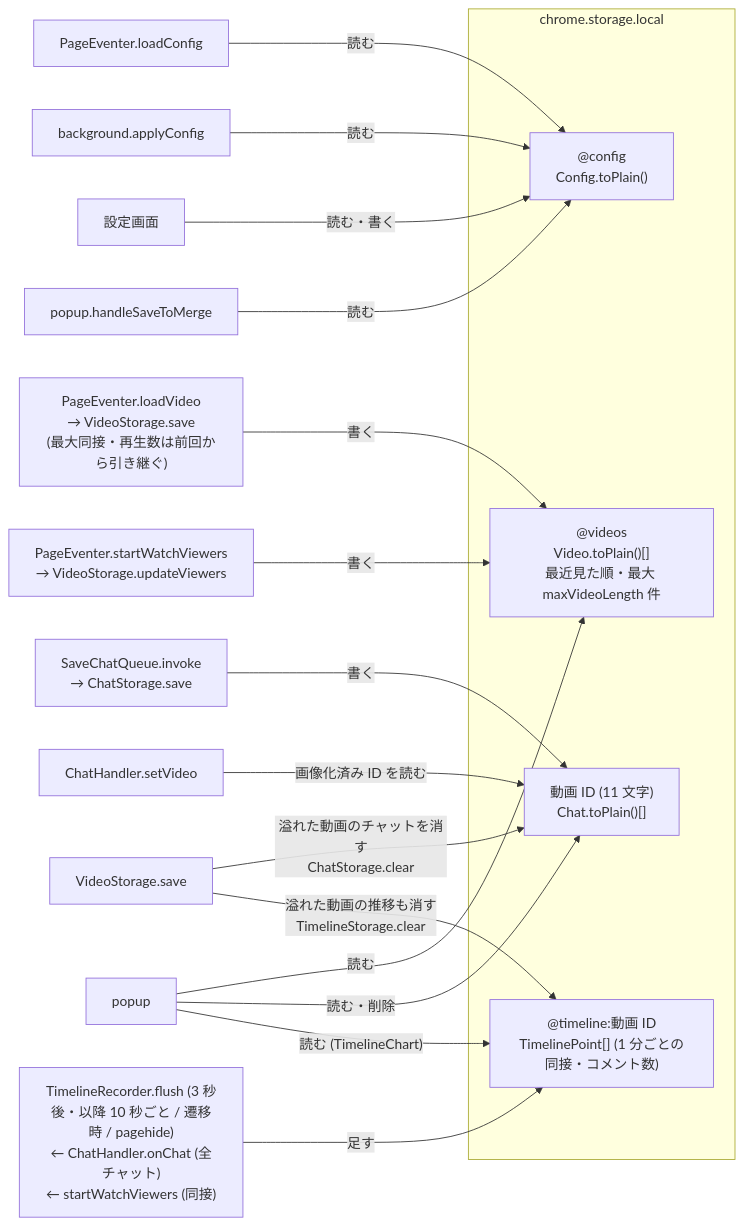
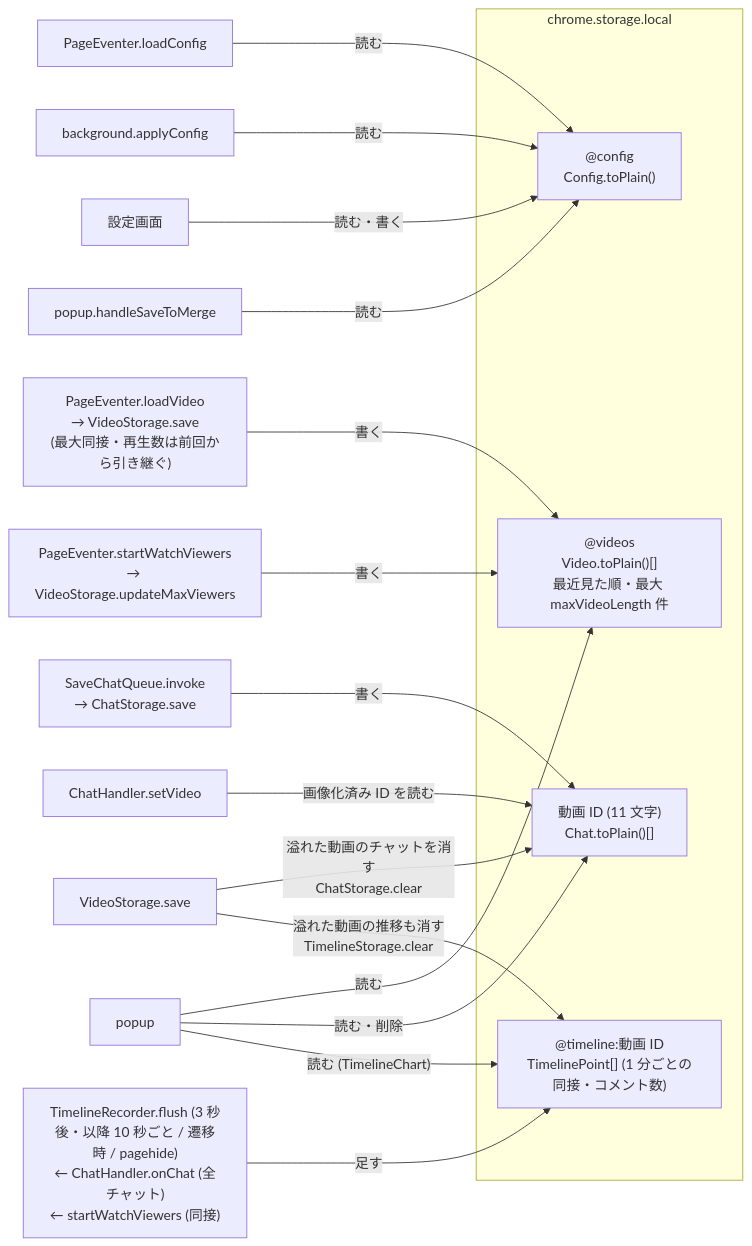
Diagram 13 of 14 in ARCHITECTURE.md (mbs-code/youtube_chat_recorder), drawn with Mermaid before and after one commit. The commit also changed other lines of this file and 18 other files, not shown here.

````diff
--- a/ARCHITECTURE.md
+++ b/ARCHITECTURE.md
@@ -416,27 +416,27 @@
 ```mermaid
 flowchart LR
   subgraph S["chrome.storage.local"]
     K1["@config<br/>Config.toPlain()"]
     K2["@videos<br/>Video.toPlain()[]<br/>最近見た順・最大 maxVideoLength 件"]
     K3["動画 ID (11 文字)<br/>Chat.toPlain()[]"]
     K4["@timeline:動画 ID<br/>TimelinePoint[] (1 分ごとの同接・コメント数)"]
   end
 
   PE["PageEventer.loadConfig"] -- "読む" --> K1
   BGA["background.applyConfig"] -- "読む" --> K1
   OPT["設定画面"] -- "読む・書く" --> K1
   POPS["popup.handleSaveToMerge"] -- "読む" --> K1
 
   LV["PageEventer.loadVideo<br/>→ VideoStorage.save<br/>(最大同接・再生数は前回から引き継ぐ)"] -- "書く" --> K2
-  WV["PageEventer.startWatchViewers<br/>→ VideoStorage.updateViewers"] -- "書く" --> K2
+  WV["PageEventer.startWatchViewers<br/>→ VideoStorage.updateMaxViewers"] -- "書く" --> K2
   VSS["VideoStorage.save"] -- "溢れた動画のチャットを消す<br/>ChatStorage.clear" --> K3
   POP["popup"] -- "読む" --> K2
 
   SQ["SaveChatQueue.invoke<br/>→ ChatStorage.save"] -- "書く" --> K3
   CH["ChatHandler.setVideo"] -- "画像化済み ID を読む" --> K3
   POP -- "読む・削除" --> K3
 
   TR["TimelineRecorder.flush (3 秒後・以降 10 秒ごと / 遷移時 / pagehide)<br/>← ChatHandler.onChat (全チャット)<br/>← startWatchViewers (同接)"] -- "足す" --> K4
   VSS -- "溢れた動画の推移も消す<br/>TimelineStorage.clear" --> K4
   POP -- "読む (TimelineChart)" --> K4
 ```
````
